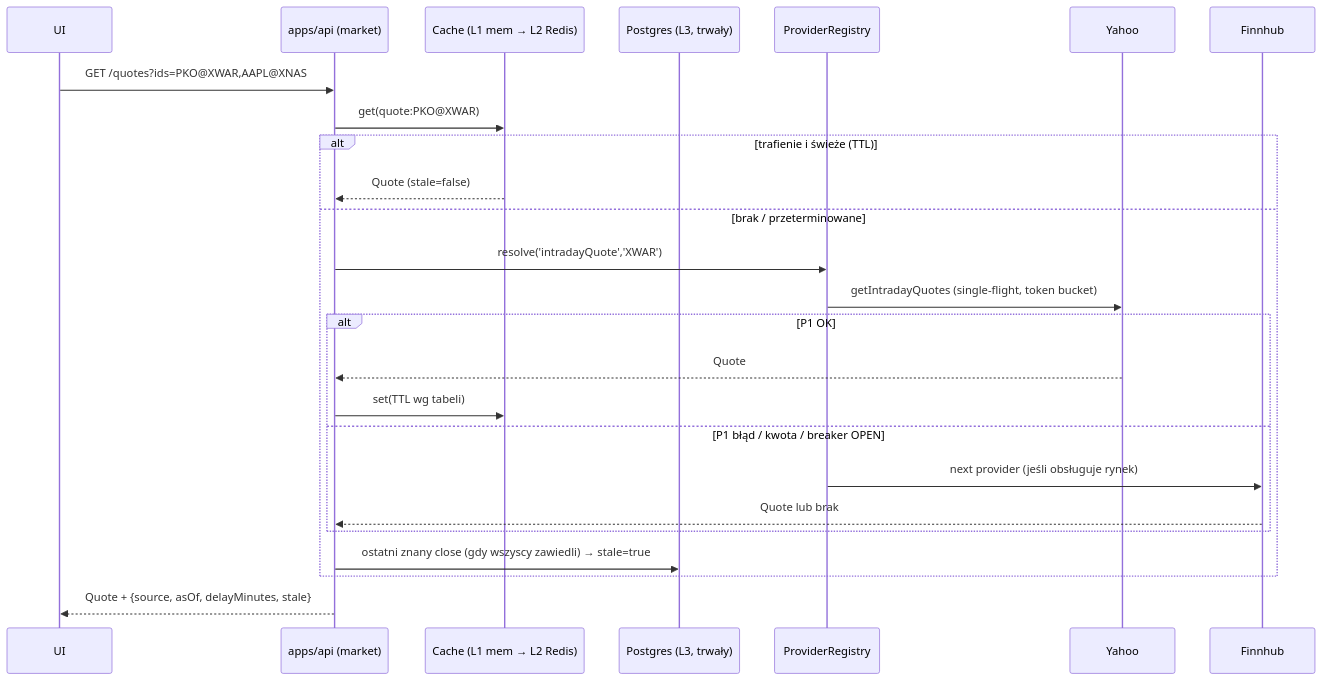
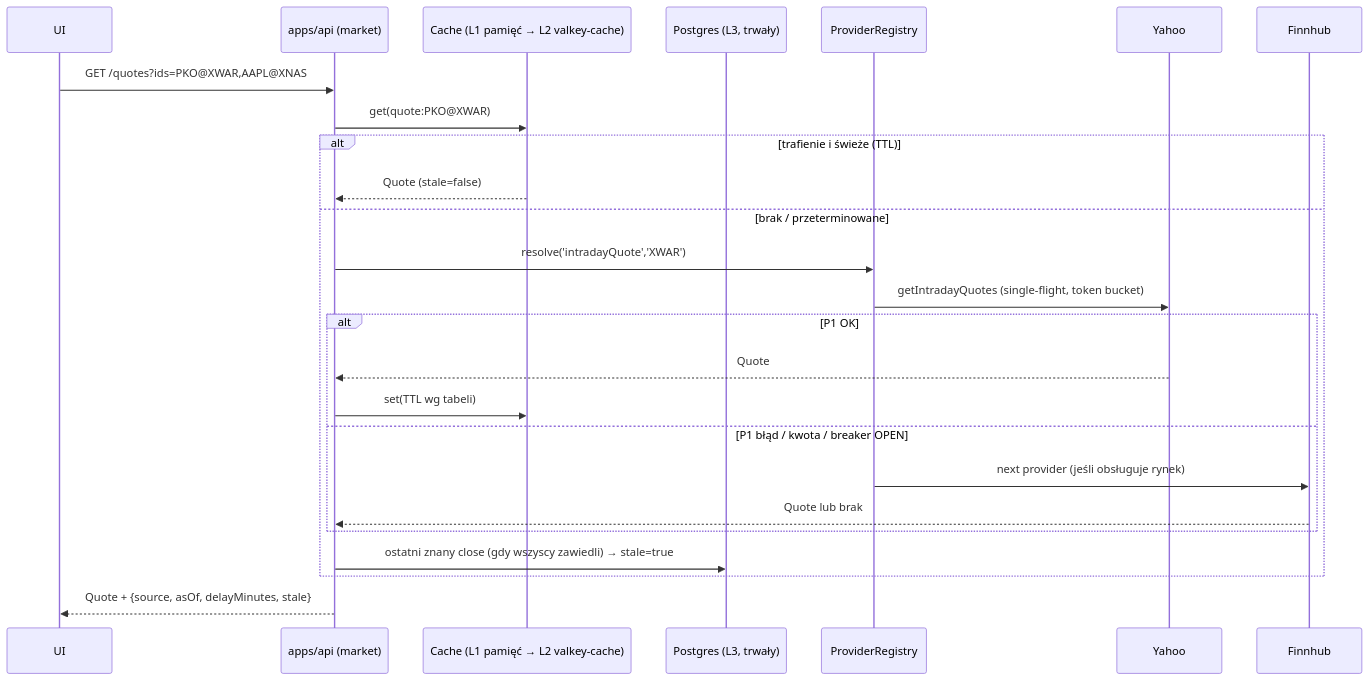
Before and after one commit to Ipper18/OligInvest: the diagram in docs/03-dane/strategia-cache.md, drawn with Mermaid. The commit also changed other lines of this file and 24 other files, not shown here.

First line of the commit message:
docs: step 3 — vision, requirements, architecture, ADR-002..014

````diff
--- a/docs/03-dane/strategia-cache.md
+++ b/docs/03-dane/strategia-cache.md
@@ -42,27 +42,27 @@
 ```mermaid
 sequenceDiagram
   participant UI
   participant API as apps/api (market)
-  participant C as Cache (L1 mem → L2 Redis)
+  participant C as Cache (L1 pamięć → L2 valkey-cache)
   participant DB as Postgres (L3, trwały)
   participant R as ProviderRegistry
   participant P1 as Yahoo
   participant P2 as Finnhub
   UI->>API: GET /quotes?ids=PKO@XWAR,AAPL@XNAS
   API->>C: get(quote:PKO@XWAR)
   alt trafienie i świeże (TTL)
     C-->>API: Quote (stale=false)
   else brak / przeterminowane
     API->>R: resolve('intradayQuote','XWAR')
     R->>P1: getIntradayQuotes (single-flight, token bucket)
     alt P1 OK
       P1-->>API: Quote
       API->>C: set(TTL wg tabeli)
     else P1 błąd / kwota / breaker OPEN
       R->>P2: next provider (jeśli obsługuje rynek)
       P2-->>API: Quote lub brak
     end
     API->>DB: ostatni znany close (gdy wszyscy zawiedli) → stale=true
   end
   API-->>UI: Quote + {source, asOf, delayMinutes, stale}
 ```
````
